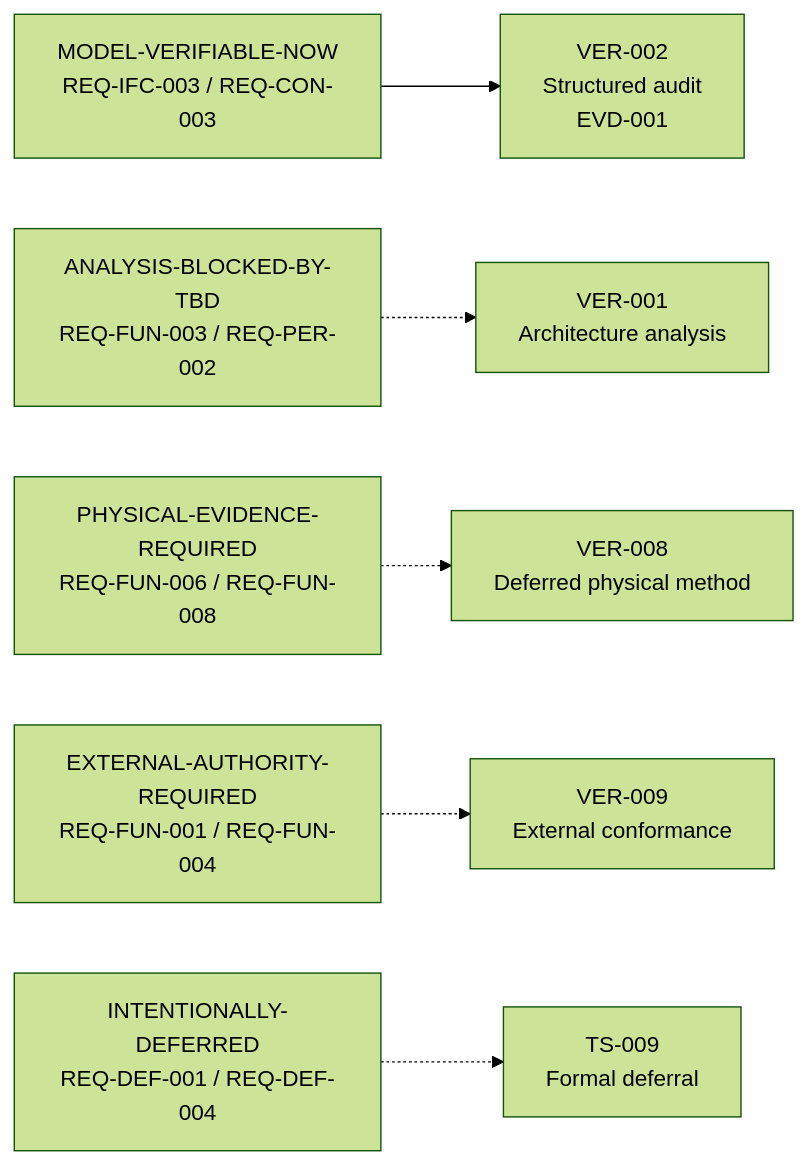
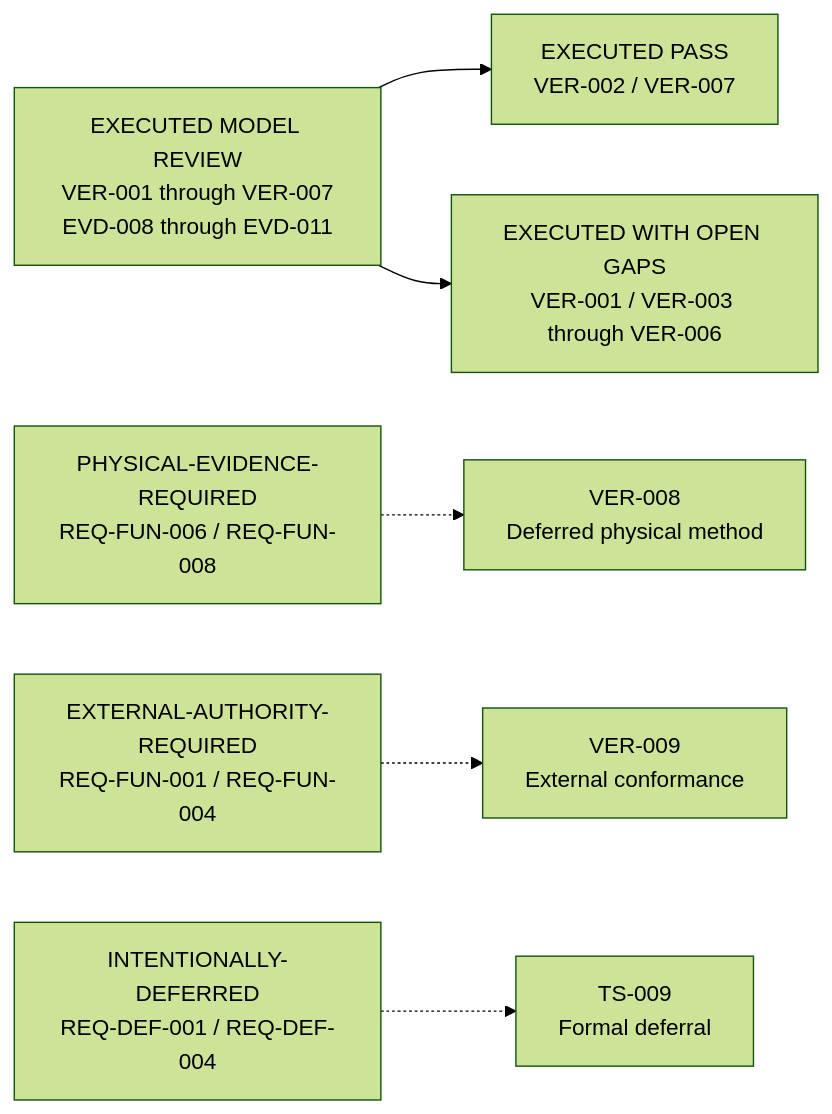
Before and after one commit to noahstephenson/low-cost-relay-uas: diagram 13 of 13 in architecture.md, drawn with Mermaid (forest theme). The commit also changed other lines of this file and 11 other files, not shown here.

Commit message:
Record internal architecture verification baseline

````diff
--- a/architecture.md
+++ b/architecture.md
@@ -321,9 +367,9 @@
 ```mermaid
 flowchart LR
     %% Configuration scope: CFG-REP / CFG-DOM with project-scope deferrals
-    MODEL_NOW["MODEL-VERIFIABLE-NOW<br/>REQ-IFC-003 / REQ-CON-003"] --> VER_002["VER-002<br/>Structured audit<br/>EVD-001"]
-    ANALYSIS_TBD["ANALYSIS-BLOCKED-BY-TBD<br/>REQ-FUN-003 / REQ-PER-002"] -.-> VER_001["VER-001<br/>Architecture analysis"]
+    EXECUTED["EXECUTED MODEL REVIEW<br/>VER-001 through VER-007<br/>EVD-008 through EVD-011"] --> PASS["EXECUTED PASS<br/>VER-002 / VER-007"]
+    EXECUTED --> OPEN["EXECUTED WITH OPEN GAPS<br/>VER-001 / VER-003 through VER-006"]
     PHYSICAL["PHYSICAL-EVIDENCE-REQUIRED<br/>REQ-FUN-006 / REQ-FUN-008"] -.-> VER_008["VER-008<br/>Deferred physical method"]
     EXTERNAL["EXTERNAL-AUTHORITY-REQUIRED<br/>REQ-FUN-001 / REQ-FUN-004"] -.-> VER_009["VER-009<br/>External conformance"]
     DEFERRED["INTENTIONALLY-DEFERRED<br/>REQ-DEF-001 / REQ-DEF-004"] -.-> TS_009["TS-009<br/>Formal deferral"]
 ```
````
